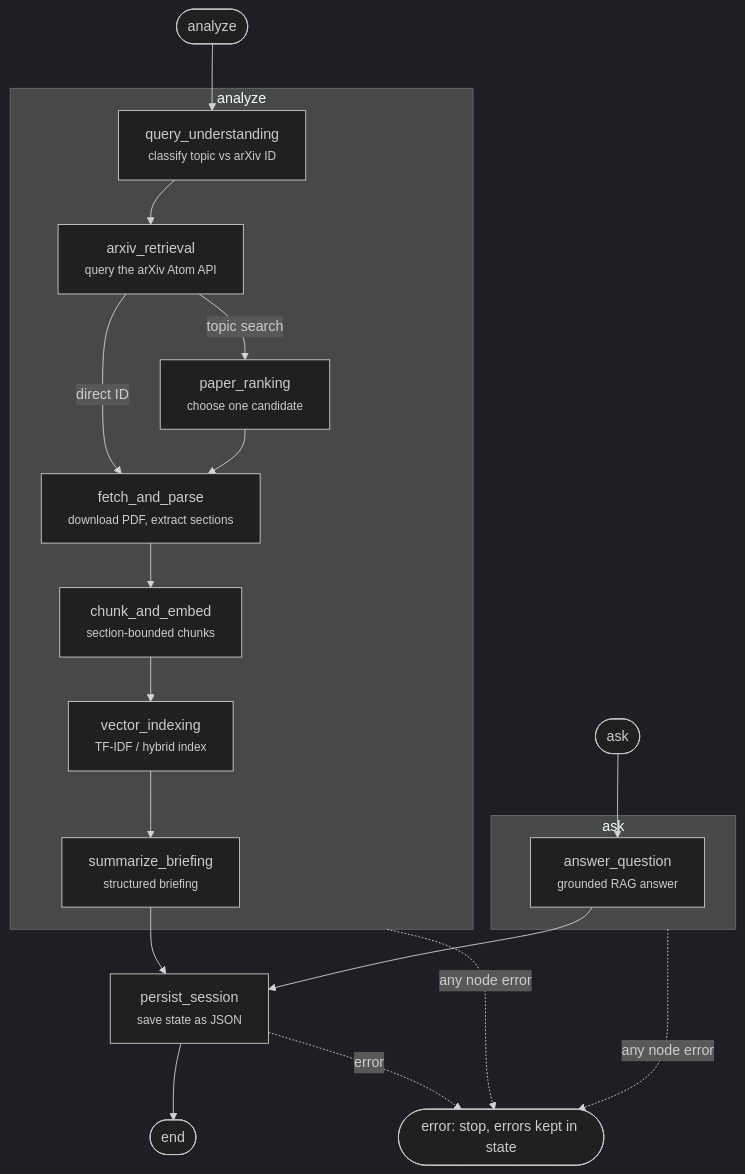
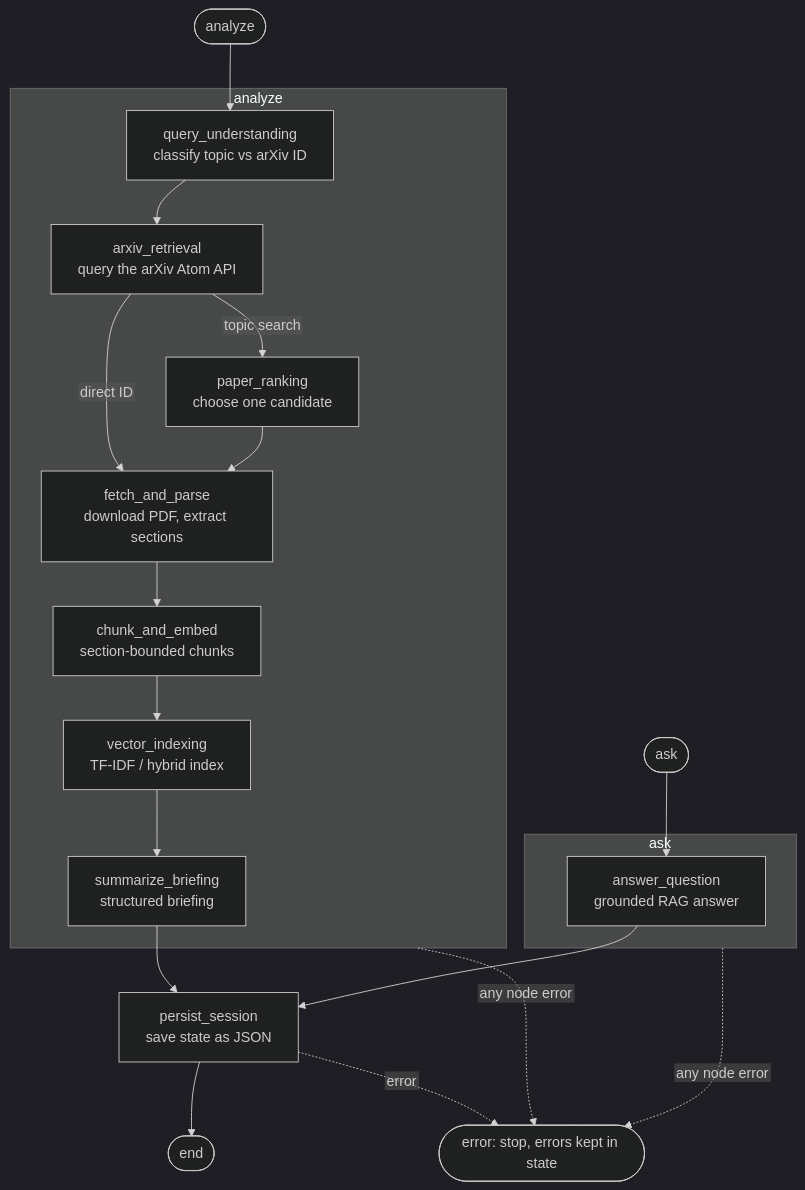
The diagram in README.md (jaygautam-creator/arxiv-digest-agent), drawn with Mermaid (dark theme) before and after one commit. The commit also changed 1 other file, not shown here.

Commit message:
docs: render the graph diagram with SVG labels so GitHub doesn't clip them

````diff
--- a/README.md
+++ b/README.md
@@ -40,32 +40,42 @@
 ```mermaid
+%%{init: {"flowchart": {"htmlLabels": false}}}%%
 flowchart TD
     analyze_in([analyze]) --> query_understanding
     ask_in([ask]) --> answer_question
     subgraph analyze_flow [analyze]
-        query_understanding["query_understanding<br/><small>classify topic vs arXiv ID</small>"]
-        arxiv_retrieval["arxiv_retrieval<br/><small>query the arXiv Atom API</small>"]
-        paper_ranking["paper_ranking<br/><small>choose one candidate</small>"]
-        fetch_and_parse["fetch_and_parse<br/><small>download PDF, extract sections</small>"]
-        chunk_and_embed["chunk_and_embed<br/><small>section-bounded chunks</small>"]
-        vector_indexing["vector_indexing<br/><small>TF-IDF / hybrid index</small>"]
-        summarize_briefing["summarize_briefing<br/><small>structured briefing</small>"]
+        query_understanding["`query_understanding
+classify topic vs arXiv ID`"]
+        arxiv_retrieval["`arxiv_retrieval
+query the arXiv Atom API`"]
+        paper_ranking["`paper_ranking
+choose one candidate`"]
+        fetch_and_parse["`fetch_and_parse
+download PDF, extract sections`"]
+        chunk_and_embed["`chunk_and_embed
+section-bounded chunks`"]
+        vector_indexing["`vector_indexing
+TF-IDF / hybrid index`"]
+        summarize_briefing["`summarize_briefing
+structured briefing`"]
     end
     subgraph ask_flow [ask]
-        answer_question["answer_question<br/><small>grounded RAG answer</small>"]
+        answer_question["`answer_question
+grounded RAG answer`"]
     end
-    persist_session["persist_session<br/><small>save state as JSON</small>"]
+    persist_session["`persist_session
+save state as JSON`"]
     query_understanding --> arxiv_retrieval
     arxiv_retrieval -- topic search --> paper_ranking
     arxiv_retrieval -- direct ID --> fetch_and_parse
     paper_ranking --> fetch_and_parse
     fetch_and_parse --> chunk_and_embed
     chunk_and_embed --> vector_indexing
     vector_indexing --> summarize_briefing
     summarize_briefing --> persist_session
     answer_question --> persist_session
     persist_session --> finished([end])
     failed([error: stop, errors kept in state])
     analyze_flow -. any node error .-> failed
     ask_flow -. any node error .-> failed
     persist_session -. error .-> failed
 ```
````
